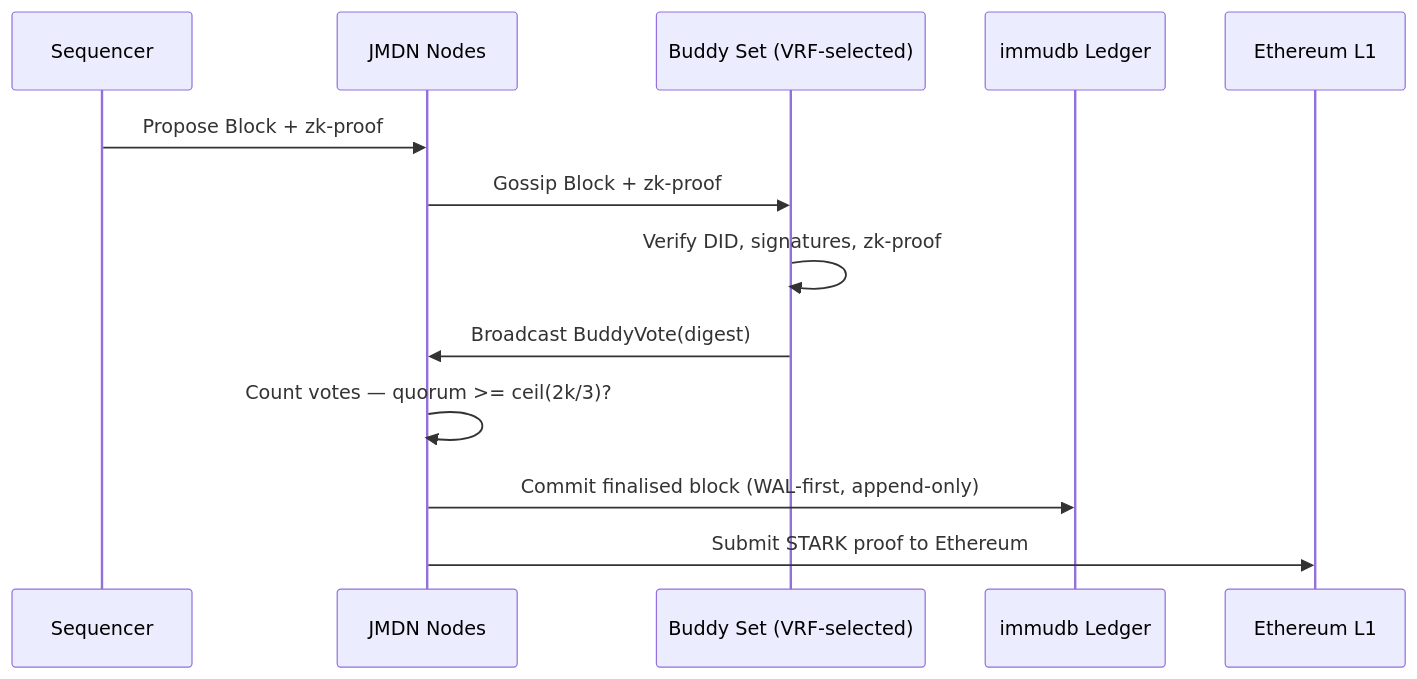
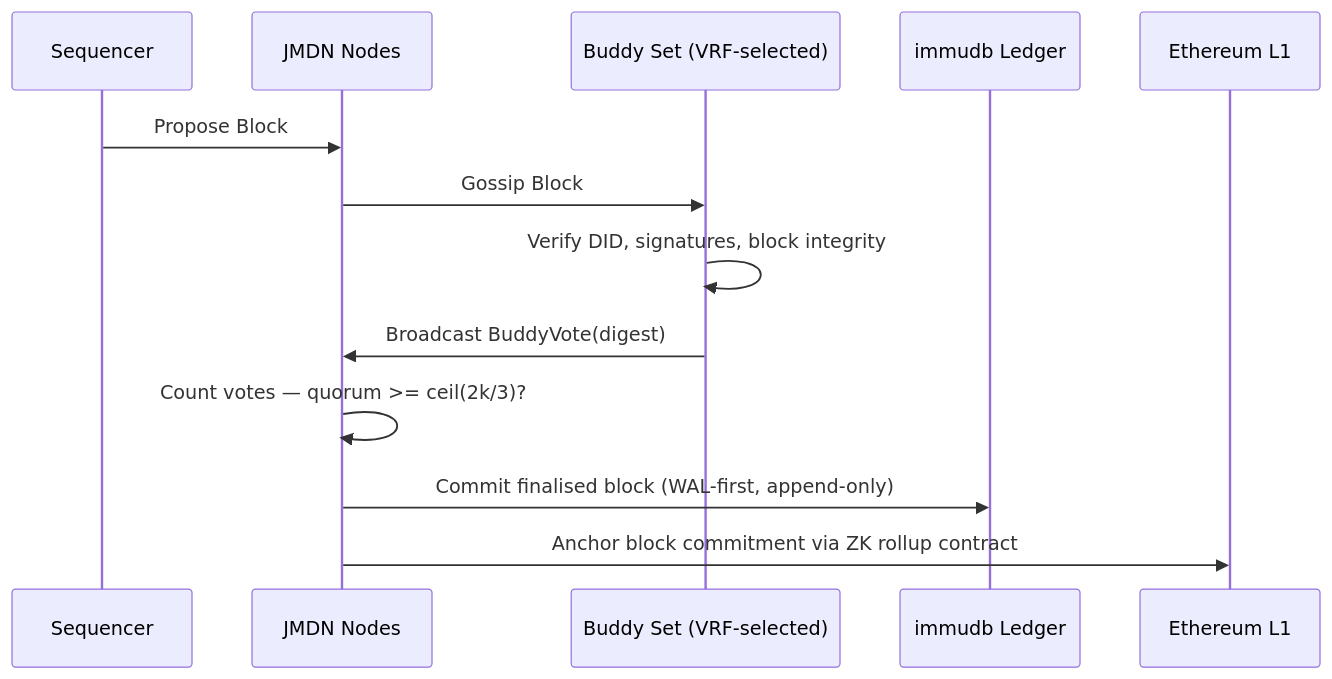
Before and after one commit to JupiterMetaLabs/docs: the diagram in docs/bft.md, drawn with Mermaid. The commit also changed other lines of this file and 13 other files, not shown here.

````diff
--- a/docs/bft.md
+++ b/docs/bft.md
@@ -66,16 +66,16 @@
 ```mermaid
 sequenceDiagram
     participant S as Sequencer
     participant JMDN as JMDN Nodes
     participant Buddies as Buddy Set (VRF-selected)
     participant immudb as immudb Ledger
     participant L1 as Ethereum L1
 
-    S->>JMDN: Propose Block + zk-proof
-    JMDN->>Buddies: Gossip Block + zk-proof
-    Buddies->>Buddies: Verify DID, signatures, zk-proof
+    S->>JMDN: Propose Block
+    JMDN->>Buddies: Gossip Block
+    Buddies->>Buddies: Verify DID, signatures, block integrity
     Buddies->>JMDN: Broadcast BuddyVote(digest)
     JMDN->>JMDN: Count votes — quorum >= ceil(2k/3)?
     JMDN->>immudb: Commit finalised block (WAL-first, append-only)
-    JMDN->>L1: Submit STARK proof to Ethereum
+    JMDN->>L1: Anchor block commitment via ZK rollup contract
 ```
````
